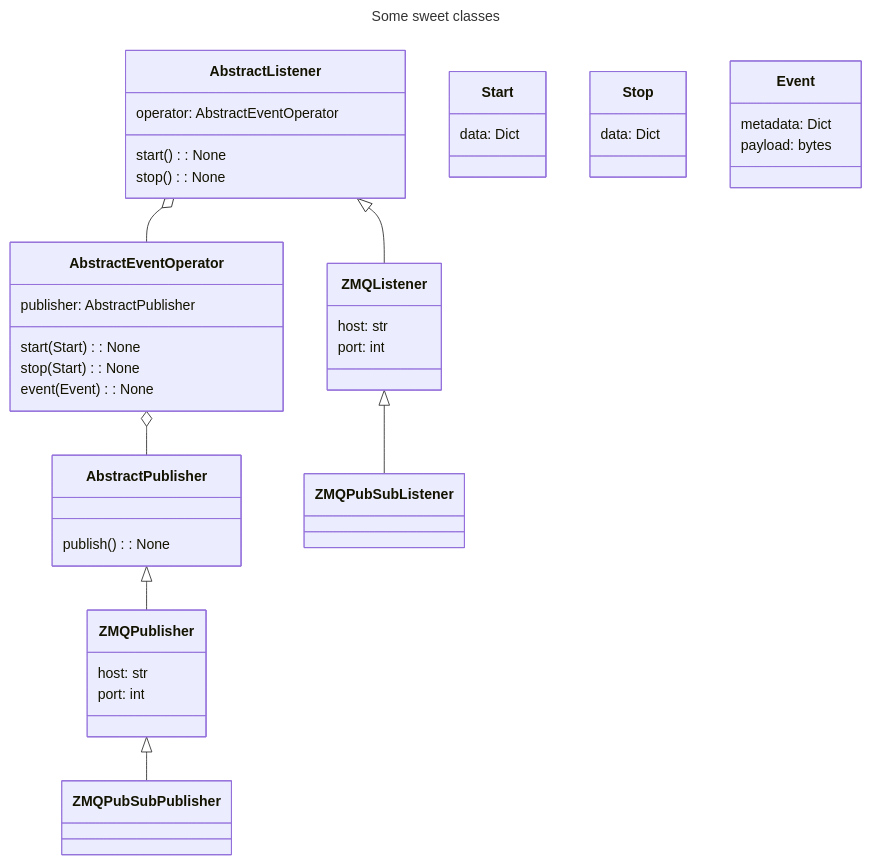
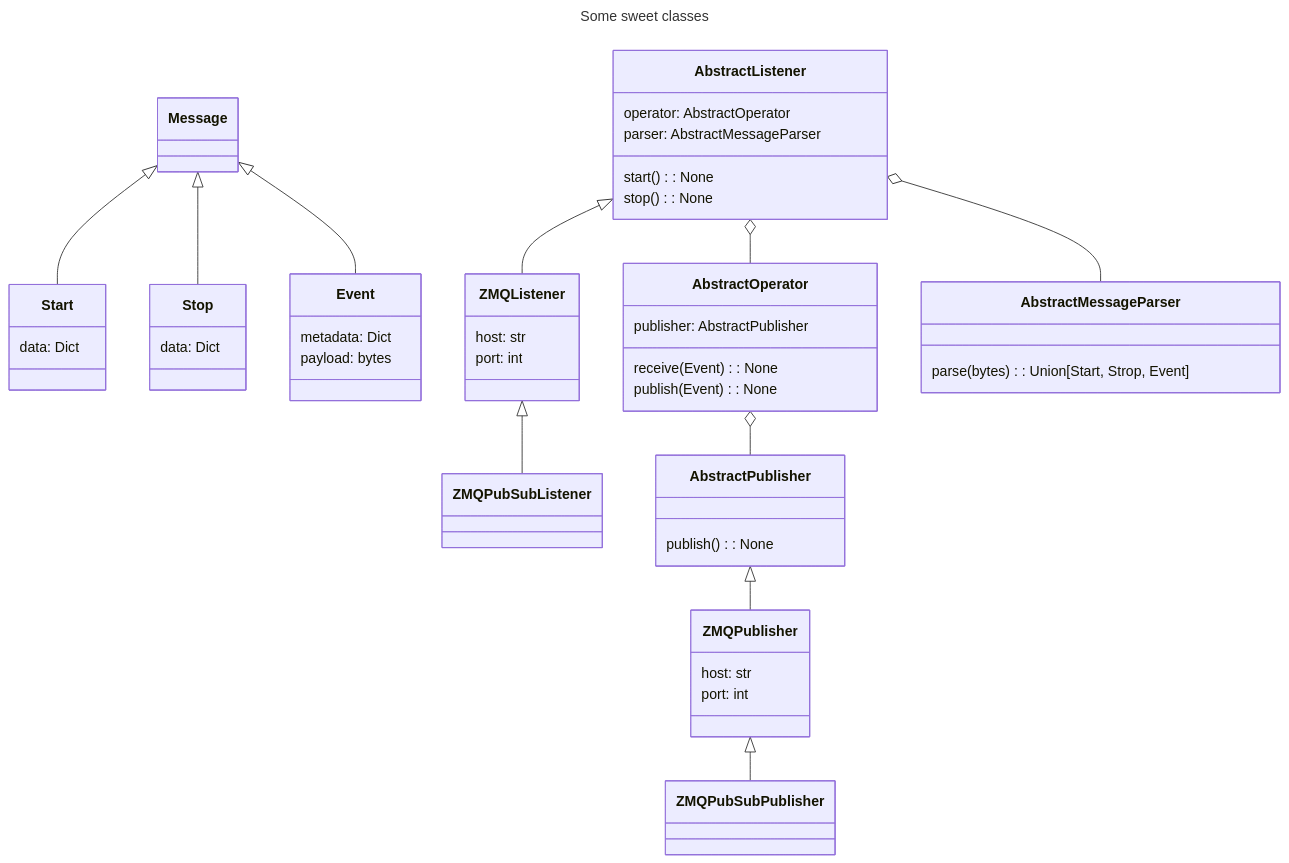
One commit to als-computing/arroyopy changed the first of 2 diagrams in README.md. Above: the diagram before and after it, drawn with Mermaid. The commit also changed other lines of this file, not shown here.

Commit message:
add sequence diagram, more classes

````diff
--- a/README.md
+++ b/README.md
@@ -15,73 +13,83 @@
 ```mermaid
 ---
 title: Some sweet classes
 
 note: I guess we use "None" instead of "void"
 ---
 
 classDiagram
 
     class AbstractListener{
-        operator: AbstractEventOperator
-
+        operator: AbstractOperator
+        parser: AbstractMessageParser
         start(): None  
         stop(): None
     }
 
 
-    class AbstractEventOperator{
+    class AbstractOperator{
         publisher: AbstractPublisher
-        start(Start): None
-        stop(Start): None
-        event(Event): None
+        receive(Event): None
+        publish(Event): None
+
     }
 
     class AbstractPublisher{
         publish(): None
+    }
+
+    class Message{
+
     }
 
    class ZMQPublisher{
         host: str
         port: int
     }
 
     class ZMQPubSubPublisher{
 
     }
 
     class Start{
         data: Dict
     }
    
     class Stop{
         data: Dict
     }
 
     class Event{
         metadata: Dict
         payload: bytes
     }
 
     class ZMQListener{
         host: str
         port: int
     }
 
     class ZMQPubSubListener{
 
     }
 
+    class AbstractMessageParser{
+        parse(bytes): Union[Start, Strop, Event]
+    }
+
     AbstractListener <|-- ZMQListener
     ZMQListener <|-- ZMQPubSubListener
-    AbstractListener o-- AbstractEventOperator
-
+    AbstractListener o-- AbstractOperator
+    AbstractListener o-- AbstractMessageParser
 
     AbstractPublisher <|-- ZMQPublisher
     ZMQPublisher <|-- ZMQPubSubPublisher
 
 
-    AbstractEventOperator o-- AbstractPublisher
-
+    AbstractOperator o-- AbstractPublisher
+    Message <|-- Start
+    Message <|-- Stop
+    Message <|-- Event 
     
 
 ```
````
